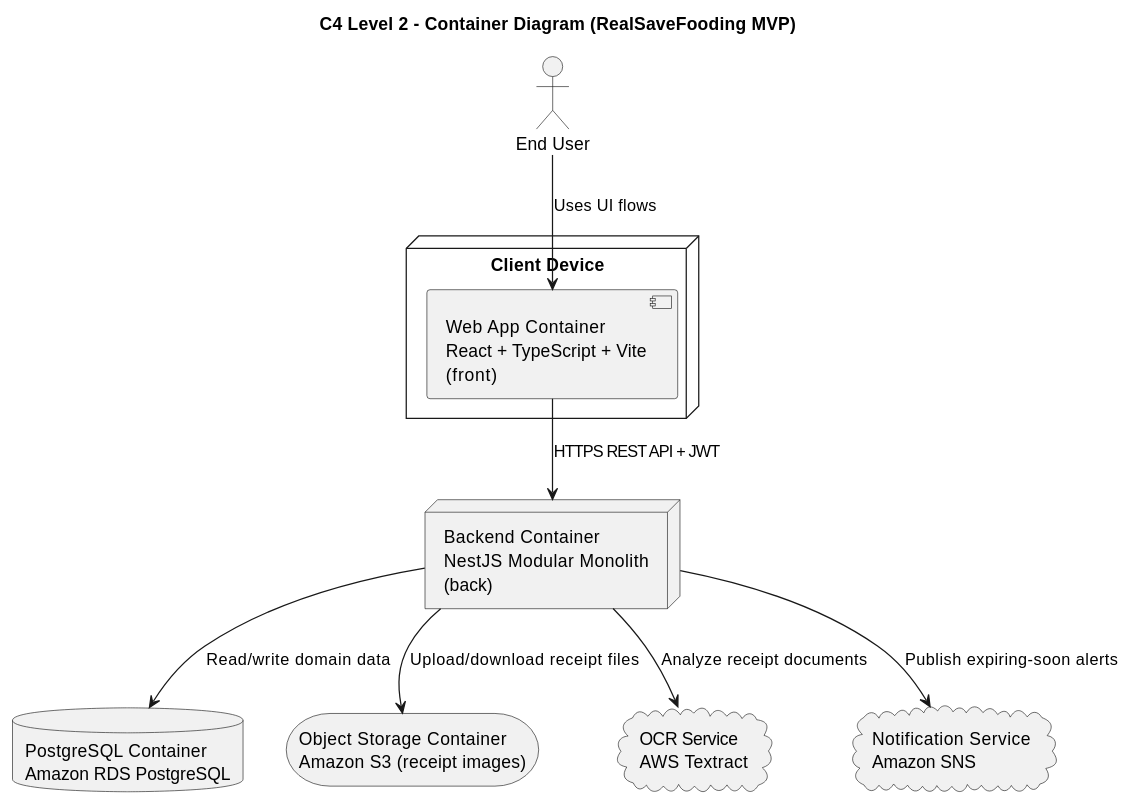
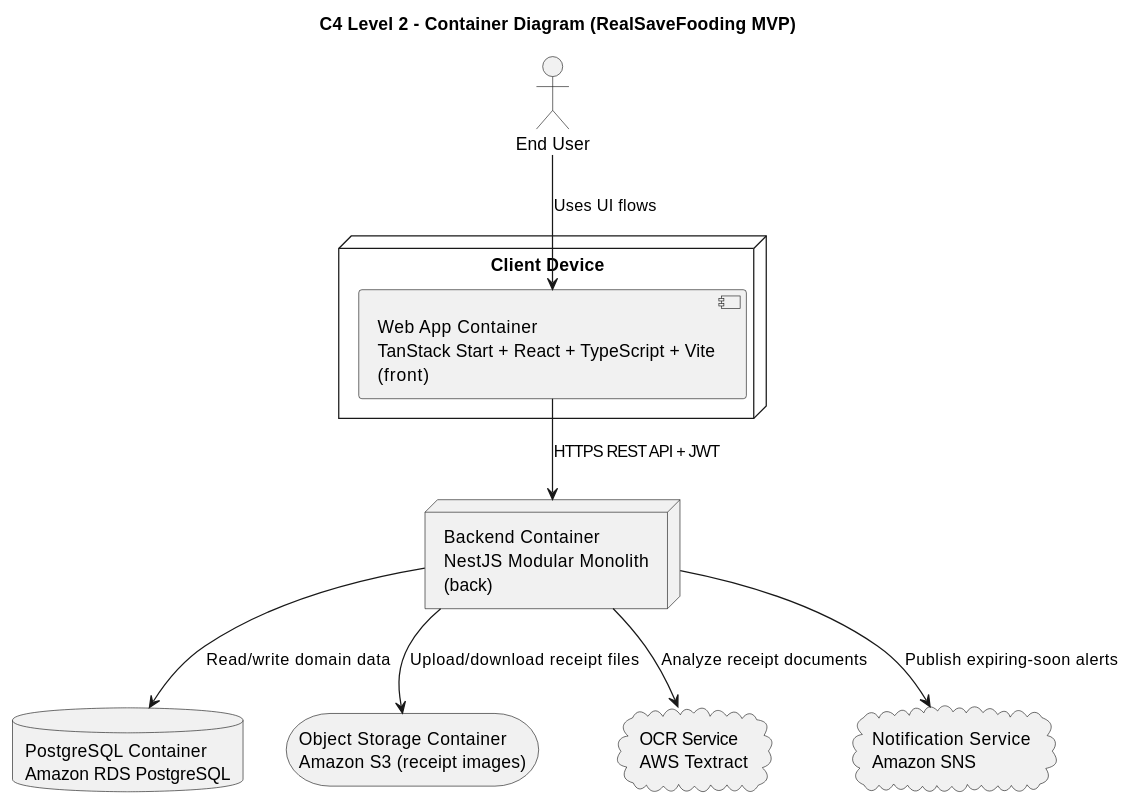
One commit to LIDR-academy/AI4Devs-finalproject changed the second of 3 diagrams in docs/architecture/C4-Model.md. Above: the diagram before and after it, drawn with PlantUML. The commit also changed 7 other files, not shown here.

Commit message:
Update architecture documentation to reflect TanStack Start integration and clarify frontend application references

````diff
--- a/docs/architecture/C4-Model.md
+++ b/docs/architecture/C4-Model.md
@@ -52,28 +52,28 @@
 ```plantuml
 @startuml
 !pragma teoz true
 
 title C4 Level 2 - Container Diagram (RealSaveFooding MVP)
 
 actor "End User" as User
 
 node "Client Device" {
-  component "Web App Container\nReact + TypeScript + Vite\n(front)" as Front
+  component "Web App Container\nTanStack Start + React + TypeScript + Vite\n(front)" as Front
 }
 
 node "Backend Container\nNestJS Modular Monolith\n(back)" as Back
 
 database "PostgreSQL Container\nAmazon RDS PostgreSQL" as RDS
 storage "Object Storage Container\nAmazon S3 (receipt images)" as S3
 cloud "OCR Service\nAWS Textract" as Textract
 cloud "Notification Service\nAmazon SNS" as SNS
 
 User --> Front : Uses UI flows
 Front --> Back : HTTPS REST API + JWT
 Back --> RDS : Read/write domain data
 Back --> S3 : Upload/download receipt files
 Back --> Textract : Analyze receipt documents
 Back --> SNS : Publish expiring-soon alerts
 
 @enduml
 ```
````
